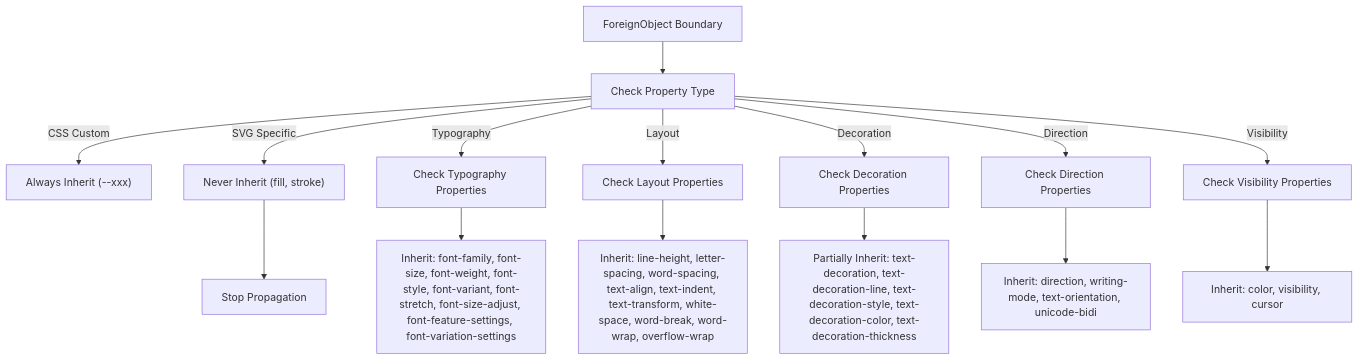
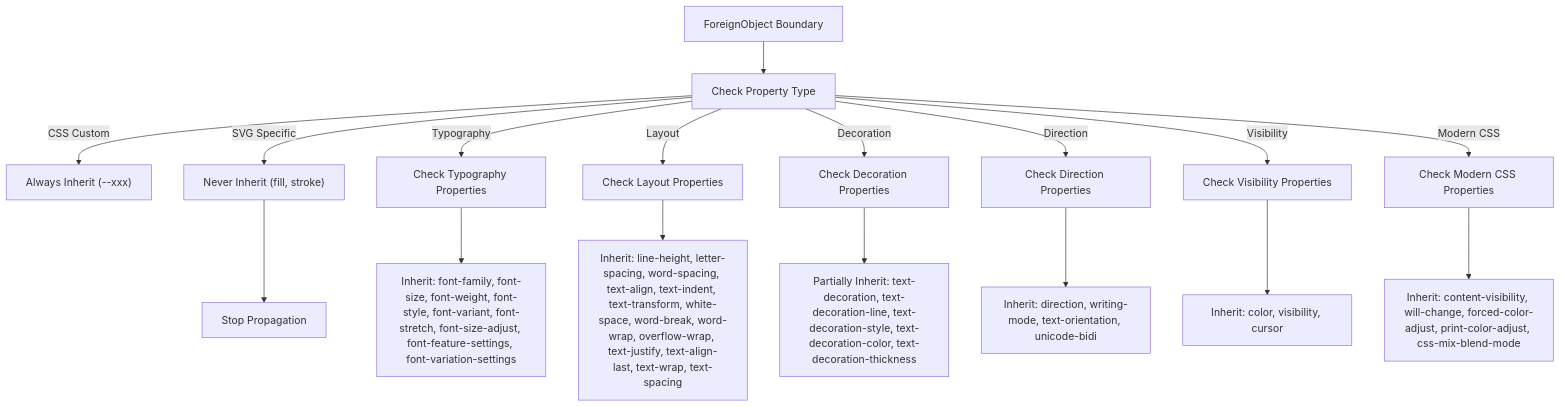
Before and after one commit to denisnadey/flutter_full_svg_support: the sixth of 13 diagrams in .qoder/repowiki/en/content/Animated SVG Support/Advanced Animation Features/Enhanced Text Styling System/Enhanced Text Styling System.md, drawn with Mermaid. The commit also changed other lines of this file and 10 other files, not shown here.

````diff
--- a/.qoder/repowiki/en/content/Animated SVG Support/Advanced Animation Features/Enhanced Text Styling System/Enhanced Text Styling System.md
+++ b/.qoder/repowiki/en/content/Animated SVG Support/Advanced Animation Features/Enhanced Text Styling System/Enhanced Text Styling System.md
@@ -330,17 +383,19 @@
 ```mermaid
 flowchart TD
 FO[ForeignObject Boundary] --> CheckProp["Check Property Type"]
 CheckProp --> |CSS Custom| AlwaysInherit["Always Inherit (--xxx)"]
 CheckProp --> |SVG Specific| NeverInherit["Never Inherit (fill, stroke)"]
 CheckProp --> |Typography| CheckTypo["Check Typography Properties"]
 CheckProp --> |Layout| CheckLayout["Check Layout Properties"]
 CheckProp --> |Decoration| CheckDecor["Check Decoration Properties"]
 CheckProp --> |Direction| CheckDir["Check Direction Properties"]
 CheckProp --> |Visibility| CheckVis["Check Visibility Properties"]
+CheckProp --> |Modern CSS| CheckModern["Check Modern CSS Properties"]
 CheckTypo --> TypoInherit["Inherit: font-family, font-size, font-weight, font-style, font-variant, font-stretch, font-size-adjust, font-feature-settings, font-variation-settings"]
-CheckLayout --> LayoutInherit["Inherit: line-height, letter-spacing, word-spacing, text-align, text-indent, text-transform, white-space, word-break, word-wrap, overflow-wrap"]
+CheckLayout --> LayoutInherit["Inherit: line-height, letter-spacing, word-spacing, text-align, text-indent, text-transform, white-space, word-break, word-wrap, overflow-wrap, text-justify, text-align-last, text-wrap, text-spacing"]
 CheckDecor --> DecorInherit["Partially Inherit: text-decoration, text-decoration-line, text-decoration-style, text-decoration-color, text-decoration-thickness"]
 CheckDir --> DirInherit["Inherit: direction, writing-mode, text-orientation, unicode-bidi"]
 CheckVis --> VisInherit["Inherit: color, visibility, cursor"]
+CheckModern --> ModernInherit["Inherit: content-visibility, will-change, forced-color-adjust, print-color-adjust, css-mix-blend-mode"]
 NeverInherit --> StopPropagation["Stop Propagation"]
 ```
````
